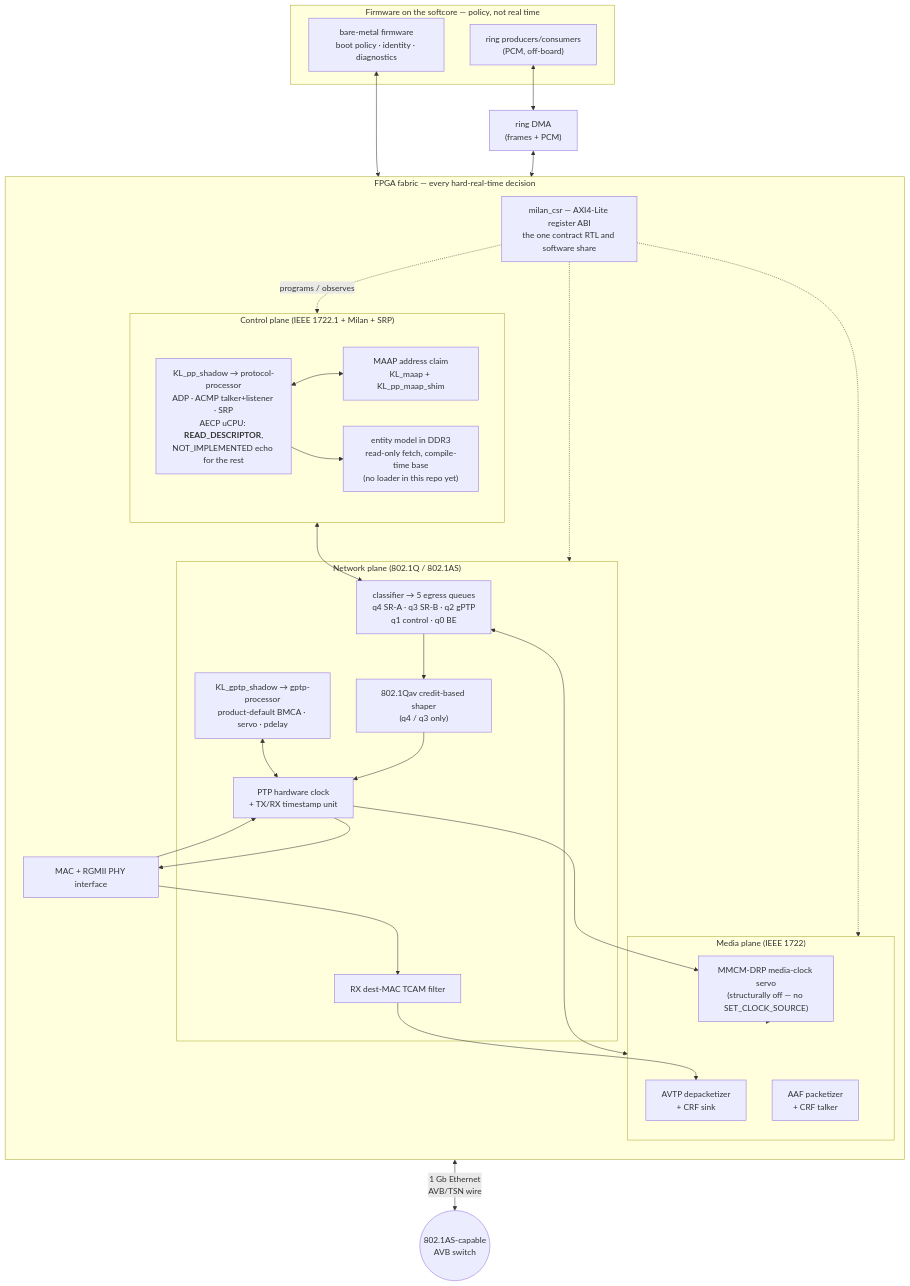
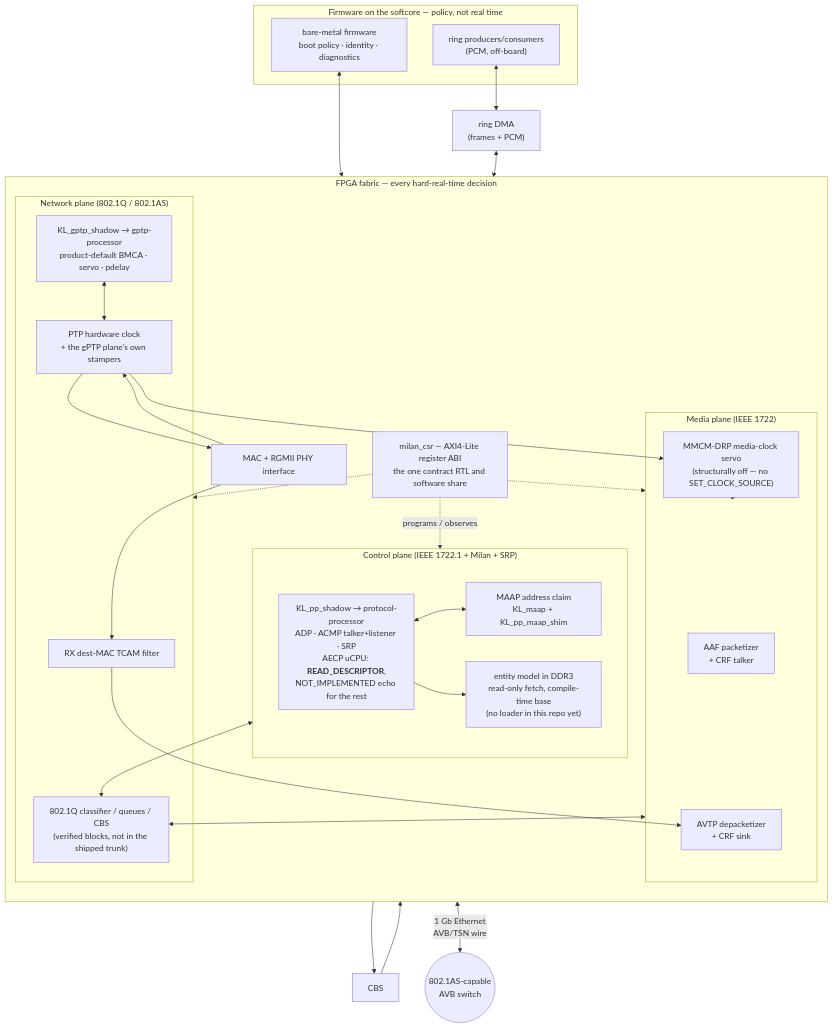
One commit to kebag-logic/milan-fpga changed the diagram in docs/history/v1/overview/AT_A_GLANCE.md. Above: the diagram before and after it, drawn with Mermaid. The commit also changed other lines of this file and 47 other files, not shown here.

````diff
--- a/docs/history/v1/overview/AT_A_GLANCE.md
+++ b/docs/history/v1/overview/AT_A_GLANCE.md
@@ -88,47 +88,46 @@
 ```mermaid
 flowchart TB
     subgraph HOST["Firmware on the softcore — policy, not real time"]
         RINGS["ring producers/consumers<br/>(PCM, off-board)"]
         FW["bare-metal firmware<br/>boot policy · identity · diagnostics"]
     end
 
     subgraph FAB["FPGA fabric — every hard-real-time decision"]
         direction TB
         CSR["milan_csr — AXI4-Lite register ABI<br/>the one contract RTL and software share"]
         subgraph CTRL["Control plane (IEEE 1722.1 + Milan + SRP)"]
             PP["KL_pp_shadow → protocol-processor<br/>ADP · ACMP talker+listener · SRP<br/>AECP uCPU: <b>READ_DESCRIPTOR</b>,<br/>NOT_IMPLEMENTED echo for the rest"]
             MAAP["MAAP address claim<br/>KL_maap + KL_pp_maap_shim"]
             DESC["entity model in DDR3<br/>read-only fetch, compile-time base<br/>(no loader in this repo yet)"]
             PP <--> MAAP
             PP --> DESC
         end
         subgraph MEDIA["Media plane (IEEE 1722)"]
             PKT["AAF packetizer<br/>+ CRF talker"]
             DEP["AVTP depacketizer<br/>+ CRF sink"]
             SERVO["MMCM-DRP media-clock servo<br/>(structurally off — no SET_CLOCK_SOURCE)"]
         end
         subgraph NET["Network plane (802.1Q / 802.1AS)"]
-            CLS["classifier → 5 egress queues<br/>q4 SR-A · q3 SR-B · q2 gPTP<br/>q1 control · q0 BE"]
-            CBS["802.1Qav credit-based shaper<br/>(q4 / q3 only)"]
-            PHC["PTP hardware clock<br/>+ TX/RX timestamp unit"]
+            CLS["802.1Q classifier / queues / CBS<br/>(verified blocks, not in the shipped trunk)"]
+            PHC["PTP hardware clock<br/>+ the gPTP plane's own stampers"]
             GPTP["KL_gptp_shadow → gptp-processor<br/>product-default BMCA · servo · pdelay"]
             FILT["RX dest-MAC TCAM filter"]
         end
         MAC["MAC + RGMII PHY interface"]
     end
 
     RINGS <--> DMA["ring DMA<br/>(frames + PCM)"]
     FW <--> CSR
     CSR -.->|"programs / observes"| CTRL
     CSR -.-> MEDIA
     CSR -.-> NET
     DMA <--> CLS
     MEDIA <--> CLS
     CTRL <--> CLS
     CLS --> CBS --> PHC --> MAC
     MAC --> FILT --> DEP
     MAC --> PHC
     PHC --> SERVO --> MEDIA
     GPTP <--> PHC
     MAC <-->|"1 Gb Ethernet<br/>AVB/TSN wire"| WIRE(("802.1AS-capable<br/>AVB switch"))
 ```
````
